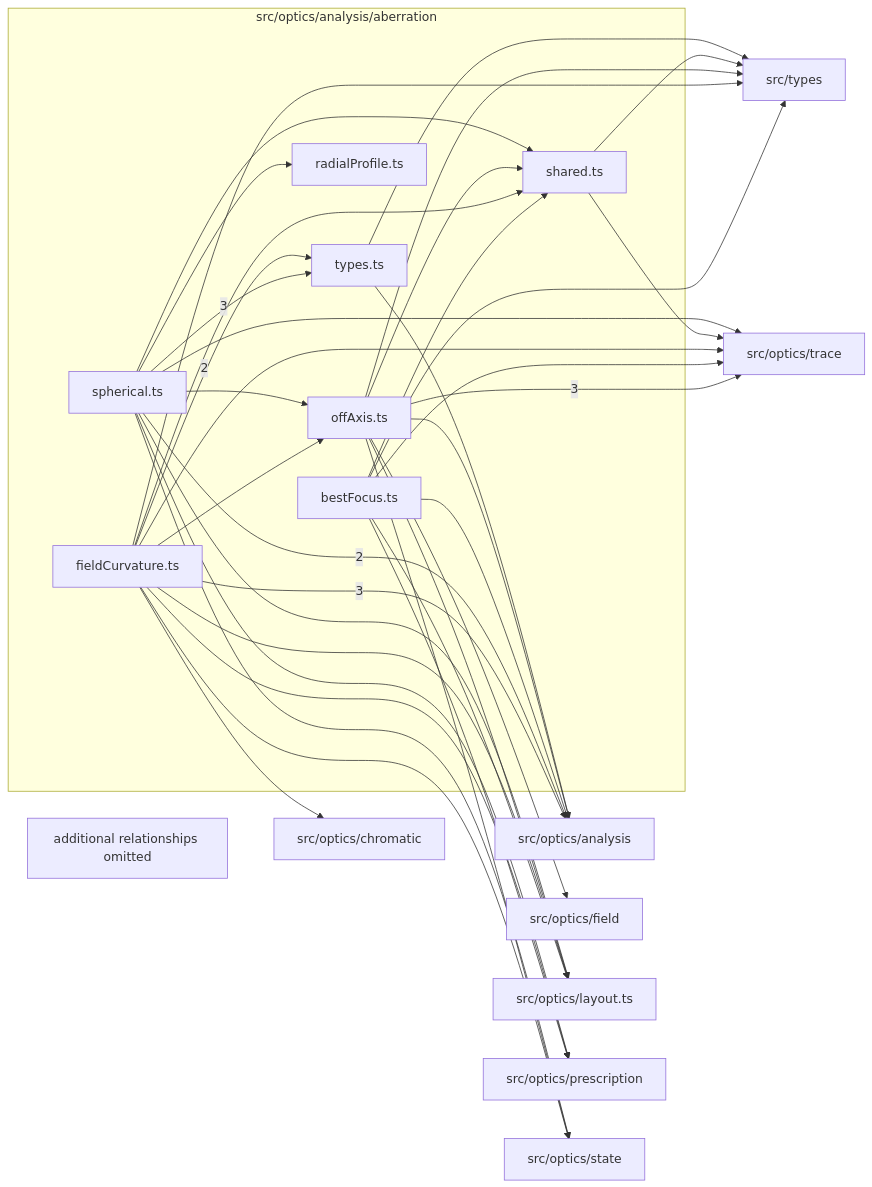
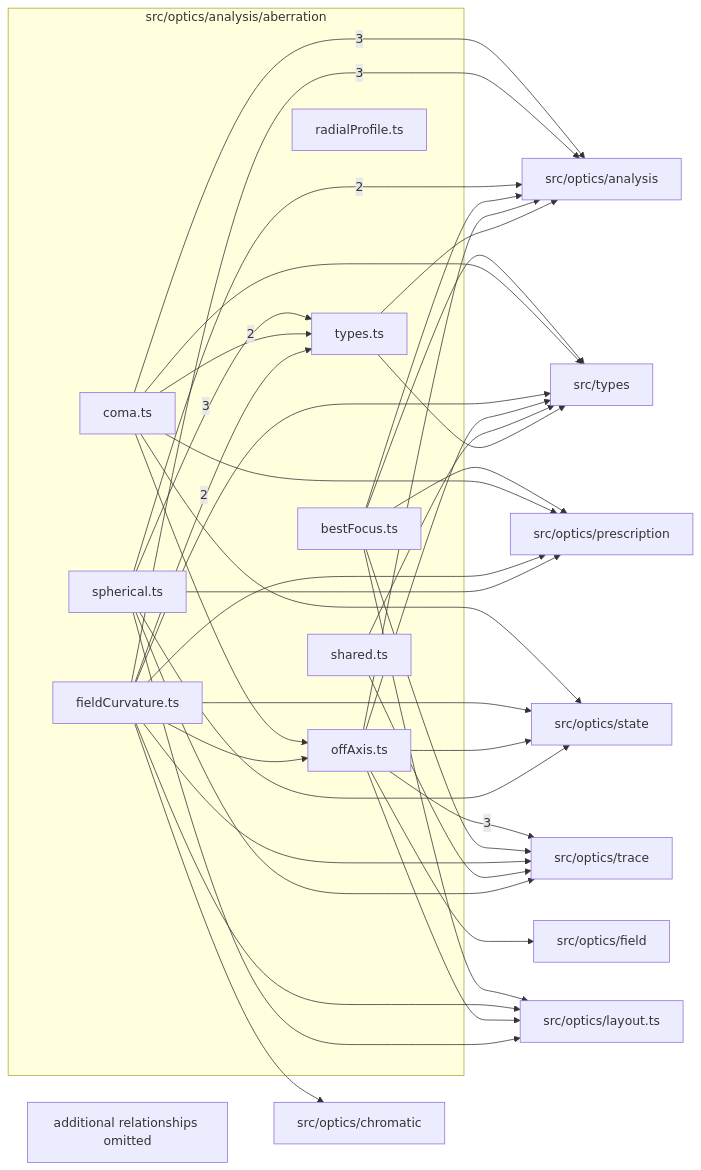
Before and after one commit to ronbuening/LensVisualizer: the diagram in src/optics/analysis/aberration/readme.md, drawn with Mermaid. The commit also changed other lines of this file and 30 other files, not shown here.

Commit message:
S7.P2.T4 Coma: meridional, sagittal and previews on AnalysisRequest

````diff
--- a/src/optics/analysis/aberration/readme.md
+++ b/src/optics/analysis/aberration/readme.md
@@ -9,57 +9,58 @@
 ```mermaid
 flowchart LR
   subgraph n_src_optics_analysis_aberration["src/optics/analysis/aberration"]
     n_src_optics_analysis_aberration_src_optics_analysis_aberration_bestFocus_ts["bestFocus.ts"]
+    n_src_optics_analysis_aberration_src_optics_analysis_aberration_coma_ts["coma.ts"]
     n_src_optics_analysis_aberration_src_optics_analysis_aberration_fieldCurvature_ts["fieldCurvature.ts"]
     n_src_optics_analysis_aberration_src_optics_analysis_aberration_offAxis_ts["offAxis.ts"]
     n_src_optics_analysis_aberration_src_optics_analysis_aberration_radialProfile_ts["radialProfile.ts"]
     n_src_optics_analysis_aberration_src_optics_analysis_aberration_shared_ts["shared.ts"]
     n_src_optics_analysis_aberration_src_optics_analysis_aberration_spherical_ts["spherical.ts"]
     n_src_optics_analysis_aberration_src_optics_analysis_aberration_types_ts["types.ts"]
   end
   n_external_src_optics_analysis["src/optics/analysis"]
   n_external_src_optics_trace["src/optics/trace"]
   n_external_src_optics_chromatic["src/optics/chromatic"]
   n_external_src_optics_field["src/optics/field"]
   n_external_src_optics_layout_ts["src/optics/layout.ts"]
   n_external_src_optics_prescription["src/optics/prescription"]
   n_external_src_optics_state["src/optics/state"]
   n_external_src_types["src/types"]
+  n_src_optics_analysis_aberration_src_optics_analysis_aberration_coma_ts --> |3| n_external_src_optics_analysis
   n_src_optics_analysis_aberration_src_optics_analysis_aberration_fieldCurvature_ts --> |3| n_external_src_optics_analysis
   n_src_optics_analysis_aberration_src_optics_analysis_aberration_offAxis_ts --> |3| n_external_src_optics_trace
   n_src_optics_analysis_aberration_src_optics_analysis_aberration_spherical_ts --> |3| n_src_optics_analysis_aberration_src_optics_analysis_aberration_types_ts
   n_src_optics_analysis_aberration_src_optics_analysis_aberration_spherical_ts --> |2| n_external_src_optics_analysis
+  n_src_optics_analysis_aberration_src_optics_analysis_aberration_coma_ts --> |2| n_src_optics_analysis_aberration_src_optics_analysis_aberration_types_ts
   n_src_optics_analysis_aberration_src_optics_analysis_aberration_fieldCurvature_ts --> |2| n_src_optics_analysis_aberration_src_optics_analysis_aberration_types_ts
   n_src_optics_analysis_aberration_src_optics_analysis_aberration_bestFocus_ts --> n_external_src_optics_analysis
   n_src_optics_analysis_aberration_src_optics_analysis_aberration_offAxis_ts --> n_external_src_optics_analysis
   n_src_optics_analysis_aberration_src_optics_analysis_aberration_types_ts --> n_external_src_optics_analysis
   n_src_optics_analysis_aberration_src_optics_analysis_aberration_fieldCurvature_ts --> n_external_src_optics_chromatic
   n_src_optics_analysis_aberration_src_optics_analysis_aberration_offAxis_ts --> n_external_src_optics_field
   n_src_optics_analysis_aberration_src_optics_analysis_aberration_bestFocus_ts --> n_external_src_optics_layout_ts
   n_src_optics_analysis_aberration_src_optics_analysis_aberration_fieldCurvature_ts --> n_external_src_optics_layout_ts
   n_src_optics_analysis_aberration_src_optics_analysis_aberration_offAxis_ts --> n_external_src_optics_layout_ts
   n_src_optics_analysis_aberration_src_optics_analysis_aberration_spherical_ts --> n_external_src_optics_layout_ts
   n_src_optics_analysis_aberration_src_optics_analysis_aberration_bestFocus_ts --> n_external_src_optics_prescription
+  n_src_optics_analysis_aberration_src_optics_analysis_aberration_coma_ts --> n_external_src_optics_prescription
   n_src_optics_analysis_aberration_src_optics_analysis_aberration_fieldCurvature_ts --> n_external_src_optics_prescription
   n_src_optics_analysis_aberration_src_optics_analysis_aberration_spherical_ts --> n_external_src_optics_prescription
+  n_src_optics_analysis_aberration_src_optics_analysis_aberration_coma_ts --> n_external_src_optics_state
   n_src_optics_analysis_aberration_src_optics_analysis_aberration_fieldCurvature_ts --> n_external_src_optics_state
   n_src_optics_analysis_aberration_src_optics_analysis_aberration_offAxis_ts --> n_external_src_optics_state
   n_src_optics_analysis_aberration_src_optics_analysis_aberration_spherical_ts --> n_external_src_optics_state
   n_src_optics_analysis_aberration_src_optics_analysis_aberration_bestFocus_ts --> n_external_src_optics_trace
   n_src_optics_analysis_aberration_src_optics_analysis_aberration_fieldCurvature_ts --> n_external_src_optics_trace
   n_src_optics_analysis_aberration_src_optics_analysis_aberration_shared_ts --> n_external_src_optics_trace
   n_src_optics_analysis_aberration_src_optics_analysis_aberration_spherical_ts --> n_external_src_optics_trace
   n_src_optics_analysis_aberration_src_optics_analysis_aberration_bestFocus_ts --> n_external_src_types
+  n_src_optics_analysis_aberration_src_optics_analysis_aberration_coma_ts --> n_external_src_types
   n_src_optics_analysis_aberration_src_optics_analysis_aberration_fieldCurvature_ts --> n_external_src_types
   n_src_optics_analysis_aberration_src_optics_analysis_aberration_offAxis_ts --> n_external_src_types
   n_src_optics_analysis_aberration_src_optics_analysis_aberration_shared_ts --> n_external_src_types
   n_src_optics_analysis_aberration_src_optics_analysis_aberration_types_ts --> n_external_src_types
+  n_src_optics_analysis_aberration_src_optics_analysis_aberration_coma_ts --> n_src_optics_analysis_aberration_src_optics_analysis_aberration_offAxis_ts
   n_src_optics_analysis_aberration_src_optics_analysis_aberration_fieldCurvature_ts --> n_src_optics_analysis_aberration_src_optics_analysis_aberration_offAxis_ts
-  n_src_optics_analysis_aberration_src_optics_analysis_aberration_spherical_ts --> n_src_optics_analysis_aberration_src_optics_analysis_aberration_offAxis_ts
-  n_src_optics_analysis_aberration_src_optics_analysis_aberration_spherical_ts --> n_src_optics_analysis_aberration_src_optics_analysis_aberration_radialProfile_ts
-  n_src_optics_analysis_aberration_src_optics_analysis_aberration_bestFocus_ts --> n_src_optics_analysis_aberration_src_optics_analysis_aberration_shared_ts
-  n_src_optics_analysis_aberration_src_optics_analysis_aberration_fieldCurvature_ts --> n_src_optics_analysis_aberration_src_optics_analysis_aberration_shared_ts
-  n_src_optics_analysis_aberration_src_optics_analysis_aberration_offAxis_ts --> n_src_optics_analysis_aberration_src_optics_analysis_aberration_shared_ts
-  n_src_optics_analysis_aberration_src_optics_analysis_aberration_spherical_ts --> n_src_optics_analysis_aberration_src_optics_analysis_aberration_shared_ts
   n_src_optics_analysis_aberration_truncated["additional relationships omitted"]
 ```
````
